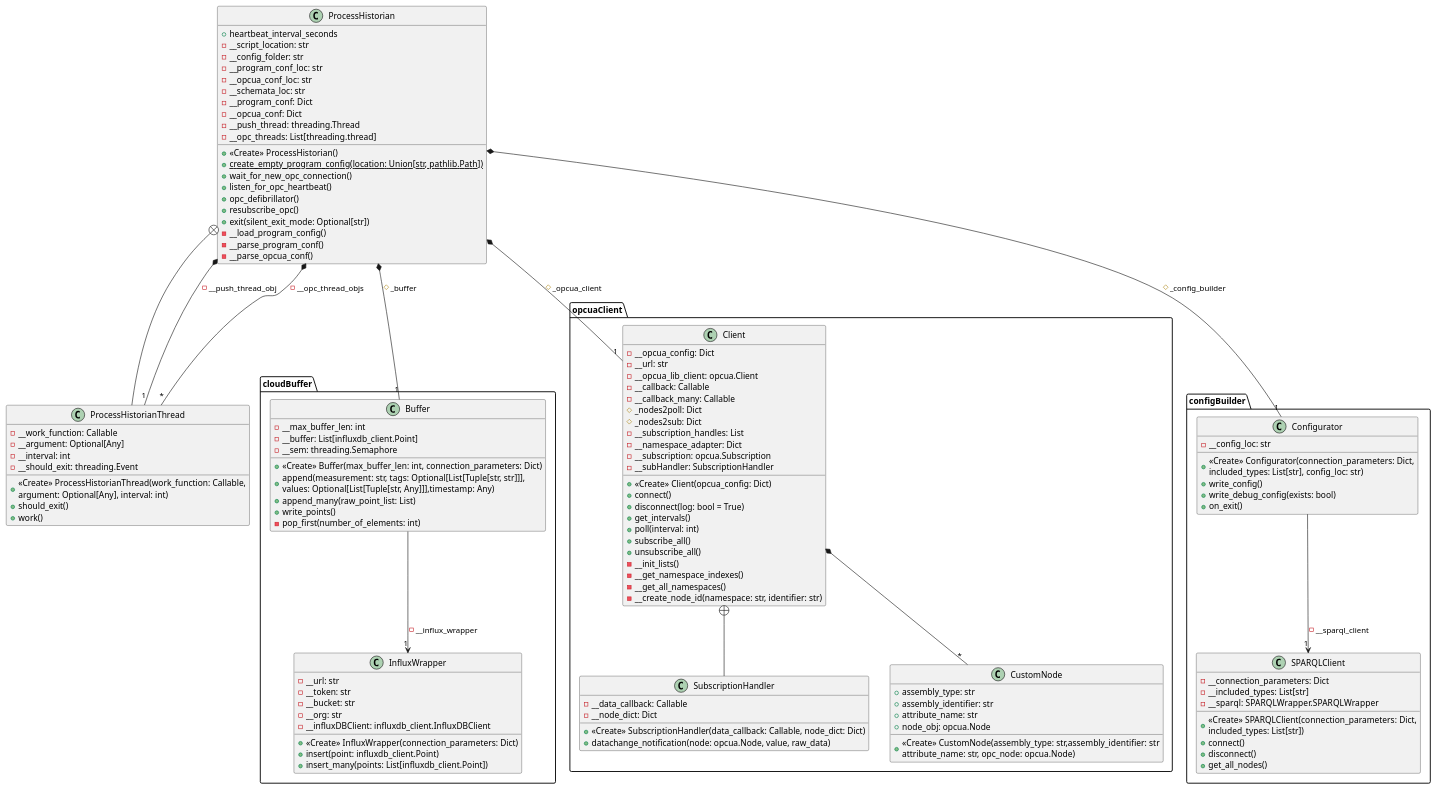
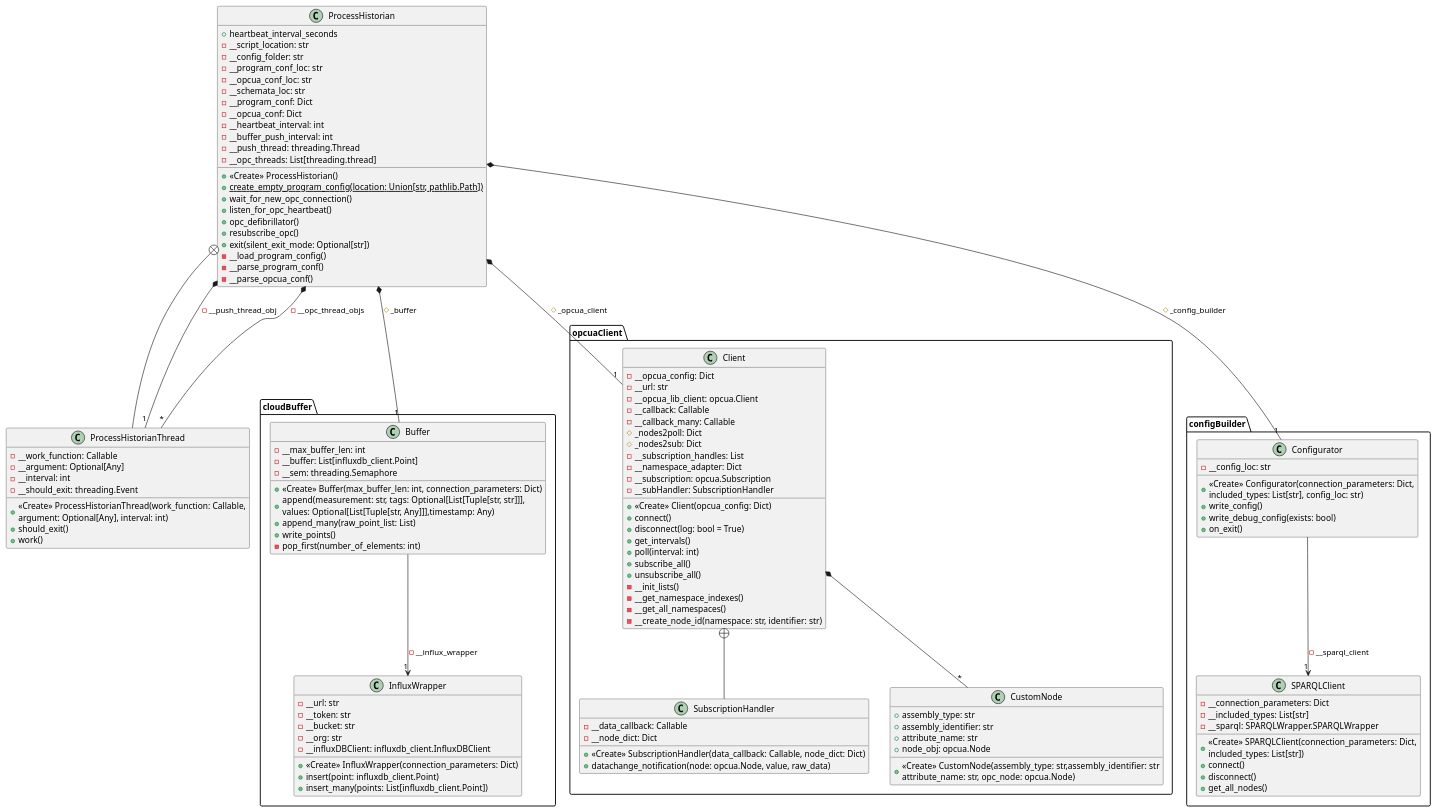
Before and after one commit to Praktikum-PvAS/process-historian: the diagram in documentation/architecture/class_diagram.pu, drawn with PlantUML.

Commit message:
Add missing intervals

```diff
--- a/documentation/architecture/class_diagram.pu
+++ b/documentation/architecture/class_diagram.pu
@@ -1,123 +1,125 @@
 @startuml "Process Historian"
 
 class cloudBuffer.Buffer {
     - __max_buffer_len: int
     - __buffer: List[influxdb_client.Point]
     - __sem: threading.Semaphore
     + <<Create>> Buffer(max_buffer_len: int, connection_parameters: Dict)
     + append(measurement: str, tags: Optional[List[Tuple[str, str]]],\nvalues: Optional[List[Tuple[str, Any]]],timestamp: Any)
     + append_many(raw_point_list: List)
     + write_points()
     - pop_first(number_of_elements: int)
 }
 class cloudBuffer.InfluxWrapper{
     - __url: str
     - __token: str
     - __bucket: str
     - __org: str
     - __influxDBClient: influxdb_client.InfluxDBClient
     + <<Create>> InfluxWrapper(connection_parameters: Dict)
     + insert(point: influxdb_client.Point)
     + insert_many(points: List[influxdb_client.Point])
 }
 cloudBuffer.Buffer --> "1" cloudBuffer.InfluxWrapper : - __influx_wrapper
 
 class opcuaClient.Client {
     - __opcua_config: Dict
     - __url: str
     - __opcua_lib_client: opcua.Client
     - __callback: Callable
     - __callback_many: Callable
     # _nodes2poll: Dict
     # _nodes2sub: Dict
     - __subscription_handles: List
     - __namespace_adapter: Dict
     - __subscription: opcua.Subscription
     - __subHandler: SubscriptionHandler
     +<<Create>> Client(opcua_config: Dict)
     + connect()
     + disconnect(log: bool = True)
     + get_intervals()
     + poll(interval: int)
     + subscribe_all()
     + unsubscribe_all()
     - __init_lists()
     - __get_namespace_indexes()
     - __get_all_namespaces()
     - __create_node_id(namespace: str, identifier: str)
 }
 class opcuaClient.SubscriptionHandler {
     - __data_callback: Callable
     - __node_dict: Dict
     + <<Create>> SubscriptionHandler(data_callback: Callable, node_dict: Dict)
     + datachange_notification(node: opcua.Node, value, raw_data)
 }
 class opcuaClient.CustomNode {
     + assembly_type: str
     + assembly_identifier: str
     + attribute_name: str
     + node_obj: opcua.Node
     + <<Create>> CustomNode(assembly_type: str,assembly_identifier: str\nattribute_name: str, opc_node: opcua.Node)
 }
 opcuaClient.Client +-- opcuaClient.SubscriptionHandler
 opcuaClient.Client *-- "*" opcuaClient.CustomNode
 
 
 class configBuilder.Configurator {
     - __config_loc: str
     + <<Create>> Configurator(connection_parameters: Dict,\nincluded_types: List[str], config_loc: str)
     + write_config()
     + write_debug_config(exists: bool)
     + on_exit()
 }
 class configBuilder.SPARQLClient{
     - __connection_parameters: Dict
     - __included_types: List[str]
     - __sparql: SPARQLWrapper.SPARQLWrapper
     + <<Create>> SPARQLClient(connection_parameters: Dict,\nincluded_types: List[str])
     + connect()
     + disconnect()
     + get_all_nodes()
 }
 configBuilder.Configurator --> "1" configBuilder.SPARQLClient: - __sparql_client
 
 class ProcessHistorian {
     + heartbeat_interval_seconds
     - __script_location: str
     - __config_folder: str
     - __program_conf_loc: str
     - __opcua_conf_loc: str
     - __schemata_loc: str
     - __program_conf: Dict
     - __opcua_conf: Dict
+    - __heartbeat_interval: int
+    - __buffer_push_interval: int
     - __push_thread: threading.Thread
     - __opc_threads: List[threading.thread]
     + <<Create>> ProcessHistorian()
     + {static} create_empty_program_config(location: Union[str, pathlib.Path])
     + wait_for_new_opc_connection()
     + listen_for_opc_heartbeat()
     + opc_defibrillator()
     + resubscribe_opc()
     + exit(silent_exit_mode: Optional[str])
     - __load_program_config()
     - __parse_program_conf()
     - __parse_opcua_conf()
 }
 ProcessHistorian *-- "1" cloudBuffer.Buffer: # _buffer
 ProcessHistorian *-- "1" opcuaClient.Client: # _opcua_client
 ProcessHistorian *-- "1" configBuilder.Configurator: # _config_builder
 ProcessHistorian +-- ProcessHistorianThread
 ProcessHistorian *-- "1" ProcessHistorianThread: - __push_thread_obj
 ProcessHistorian *-- "*" ProcessHistorianThread: - __opc_thread_objs
 
 class ProcessHistorianThread {
     - __work_function: Callable
     - __argument: Optional[Any]
     - __interval: int
     - __should_exit: threading.Event
     + <<Create>> ProcessHistorianThread(work_function: Callable,\nargument: Optional[Any], interval: int)
     + should_exit()
     + work()
 }
 
 @enduml
```
